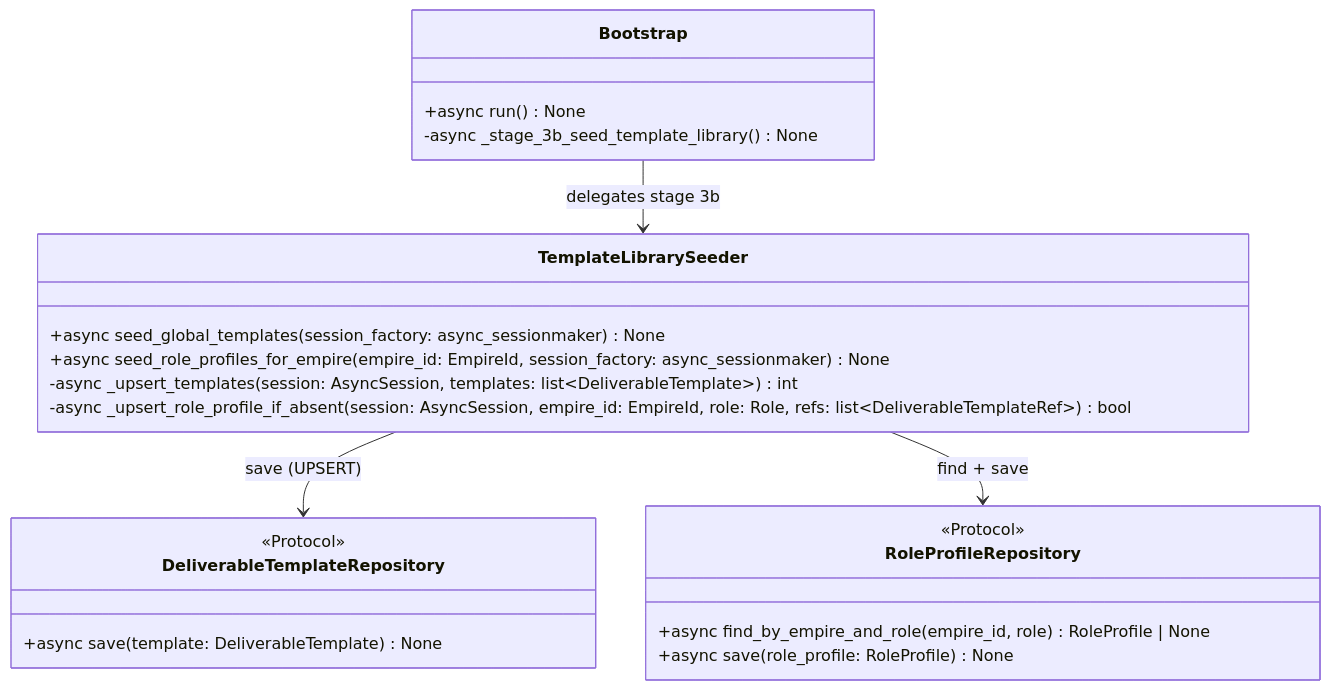
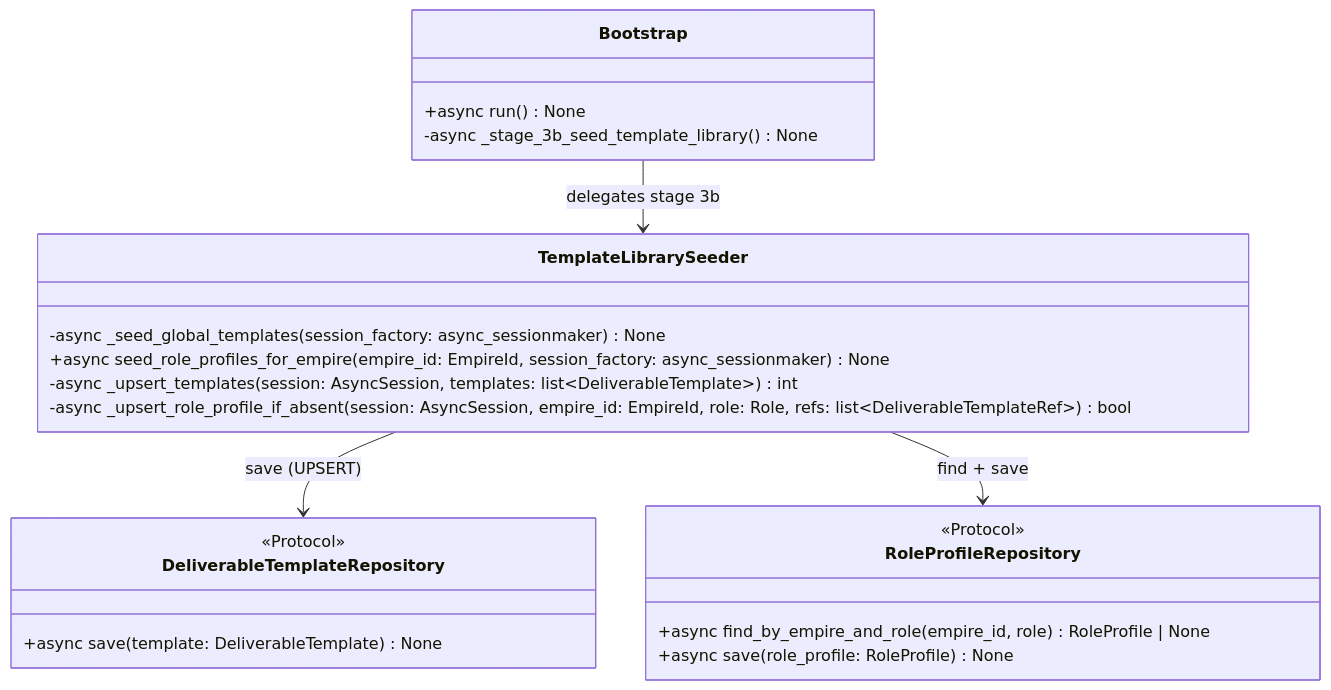
The diagram in docs/features/deliverable-template/template-library/detailed-design.md (bakufu-dev/bakufu), drawn with Mermaid before and after one commit. The commit also changed other lines of this file and 1 other file, not shown here.

````diff
--- a/docs/features/deliverable-template/template-library/detailed-design.md
+++ b/docs/features/deliverable-template/template-library/detailed-design.md
@@ -14,29 +14,29 @@
 ```mermaid
 classDiagram
     class TemplateLibrarySeeder {
-        +async seed_global_templates(session_factory: async_sessionmaker) None
+        -async _seed_global_templates(session_factory: async_sessionmaker) None
         +async seed_role_profiles_for_empire(empire_id: EmpireId, session_factory: async_sessionmaker) None
         -async _upsert_templates(session: AsyncSession, templates: list~DeliverableTemplate~) int
         -async _upsert_role_profile_if_absent(session: AsyncSession, empire_id: EmpireId, role: Role, refs: list~DeliverableTemplateRef~) bool
     }
 
     class Bootstrap {
         +async run() None
         -async _stage_3b_seed_template_library() None
     }
 
     class DeliverableTemplateRepository {
         <<Protocol>>
         +async save(template: DeliverableTemplate) None
     }
 
     class RoleProfileRepository {
         <<Protocol>>
         +async find_by_empire_and_role(empire_id, role) RoleProfile | None
         +async save(role_profile: RoleProfile) None
     }
 
     Bootstrap --> TemplateLibrarySeeder : delegates stage 3b
     TemplateLibrarySeeder --> DeliverableTemplateRepository : save (UPSERT)
     TemplateLibrarySeeder --> RoleProfileRepository : find + save
 ```
````
